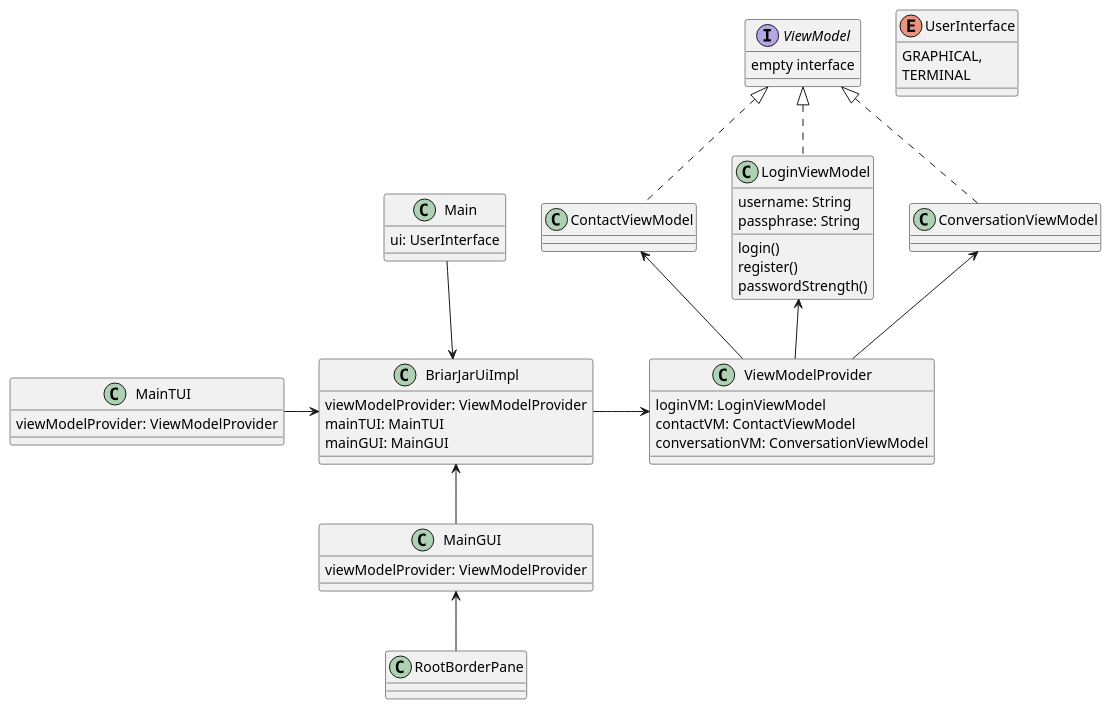
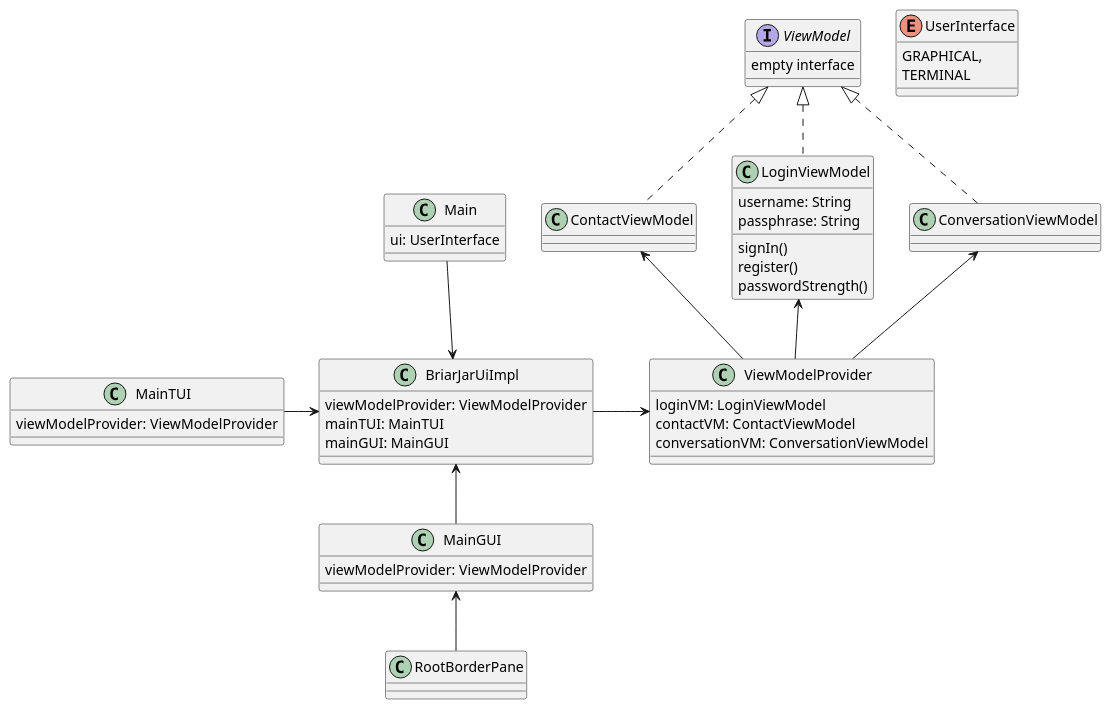
The diagram in src/plan.puml (lvyitian/briarjar), drawn with PlantUML before and after one commit. The commit also changed 12 other files, not shown here.

```diff
--- a/src/plan.puml
+++ b/src/plan.puml
@@ -1,65 +1,65 @@
 @startuml
 
 class ViewModelProvider {
     loginVM: LoginViewModel
     contactVM: ContactViewModel
     conversationVM: ConversationViewModel
 }
 
 class LoginViewModel implements ViewModel {
     username: String
     passphrase: String
-    login()
+    signIn()
     register()
     passwordStrength()
 }
 
 class ContactViewModel implements ViewModel {
 
 }
 class ConversationViewModel implements ViewModel {
 
 }
 
 
 interface ViewModel {
     empty interface
 }
 
 class Main {
     ui: UserInterface
 }
 
 class BriarJarUiImpl {
     viewModelProvider: ViewModelProvider
     mainTUI: MainTUI
     mainGUI: MainGUI
 }
 
 class MainTUI {
     viewModelProvider: ViewModelProvider
 }
 
 class MainGUI {
     viewModelProvider: ViewModelProvider
 }
 
 class RootBorderPane {
 
 }
 
 enum UserInterface {
     GRAPHICAL,
     TERMINAL
 }
 
 Main  -down-> BriarJarUiImpl
 BriarJarUiImpl -right-> ViewModelProvider
 MainGUI -up-> BriarJarUiImpl
 RootBorderPane -up-> MainGUI
 MainTUI -> BriarJarUiImpl
 
 ViewModelProvider -up-> LoginViewModel
 ViewModelProvider -up-> ContactViewModel
 ViewModelProvider -up-> ConversationViewModel
 @enduml
```
